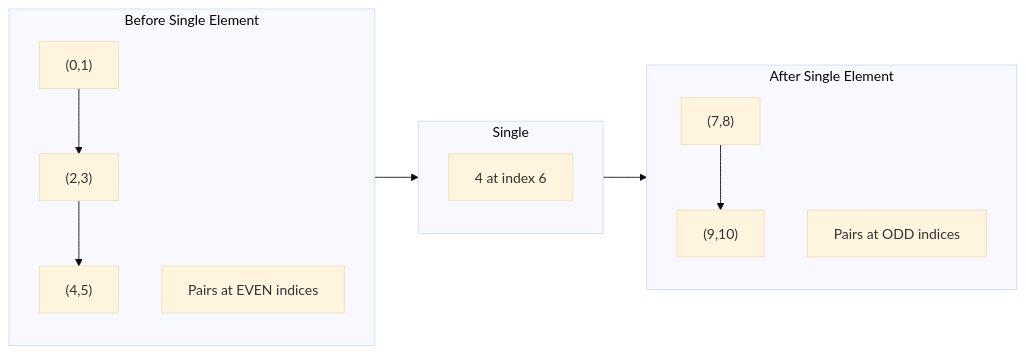
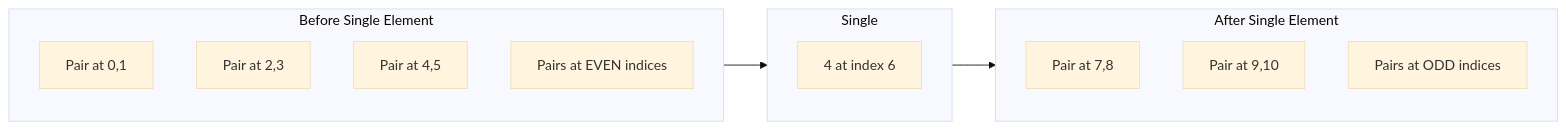
Diagram 13 of 19 in dsa/Advanced/04-Binary search/02-logic-building/02-logic-building.md (pentoshi007/tuf), drawn with Mermaid (base theme) before and after one commit. The commit also changed other lines of this file and 1 other file, not shown here.

First line of the commit message:
Fix Mermaid diagram syntax for GitHub compatibility

````diff
--- a/dsa/Advanced/04-Binary search/02-logic-building/02-logic-building.md
+++ b/dsa/Advanced/04-Binary search/02-logic-building/02-logic-building.md
@@ -539,18 +532,21 @@
 ```mermaid
 flowchart LR
     subgraph Before["Before Single Element"]
-        B1["(0,1)"] --> B2["(2,3)"] --> B3["(4,5)"]
+        B1["Pair at 0,1"]
+        B2["Pair at 2,3"]
+        B3["Pair at 4,5"]
         B4["Pairs at EVEN indices"]
     end
     
     subgraph Single["Single"]
         S["4 at index 6"]
     end
     
     subgraph After["After Single Element"]
-        A1["(7,8)"] --> A2["(9,10)"]
+        A1["Pair at 7,8"]
+        A2["Pair at 9,10"]
         A3["Pairs at ODD indices"]
     end
     
     Before --> Single --> After
 ```
````
